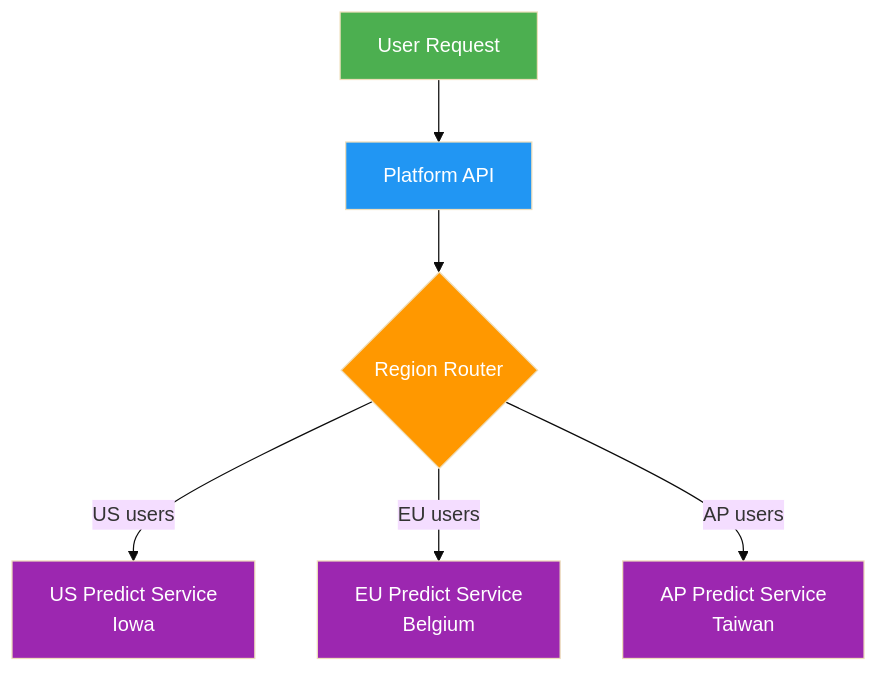
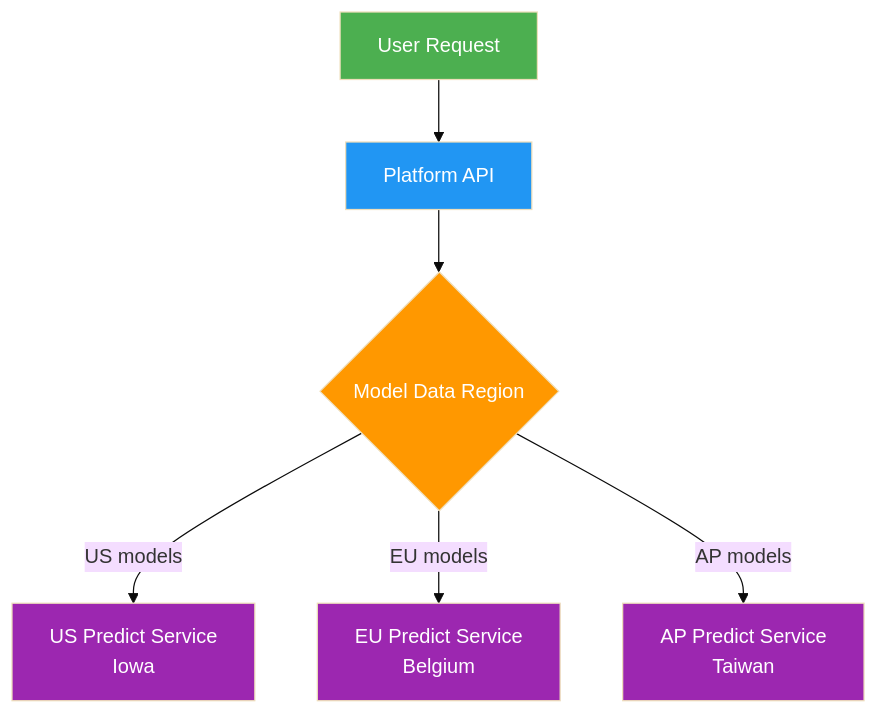
One commit to Rehman-AD/cv-yolov8-core changed the second of 2 diagrams in docs/en/platform/deploy/index.md. Above: the diagram before and after it, drawn with Mermaid (base theme). The commit also changed other lines of this file and 32 other files, not shown here.

````diff
--- a/docs/en/platform/deploy/index.md
+++ b/docs/en/platform/deploy/index.md
@@ -71,13 +73,13 @@
 ```mermaid
 graph TB
     User[User Request]:::start --> API[Platform API]:::proc
-    API --> Router{Region Router}:::decide
-    Router -->|US users| US["US Predict Service<br/>Iowa"]:::out
-    Router -->|EU users| EU["EU Predict Service<br/>Belgium"]:::out
-    Router -->|AP users| AP["AP Predict Service<br/>Taiwan"]:::out
+    API --> Router{Model Data Region}:::decide
+    Router -->|US models| US["US Predict Service<br/>Iowa"]:::out
+    Router -->|EU models| EU["EU Predict Service<br/>Belgium"]:::out
+    Router -->|AP models| AP["AP Predict Service<br/>Taiwan"]:::out
 
     classDef start fill:#4CAF50,color:#fff
     classDef proc fill:#2196F3,color:#fff
     classDef decide fill:#FF9800,color:#fff
     classDef out fill:#9C27B0,color:#fff
 ```
````
